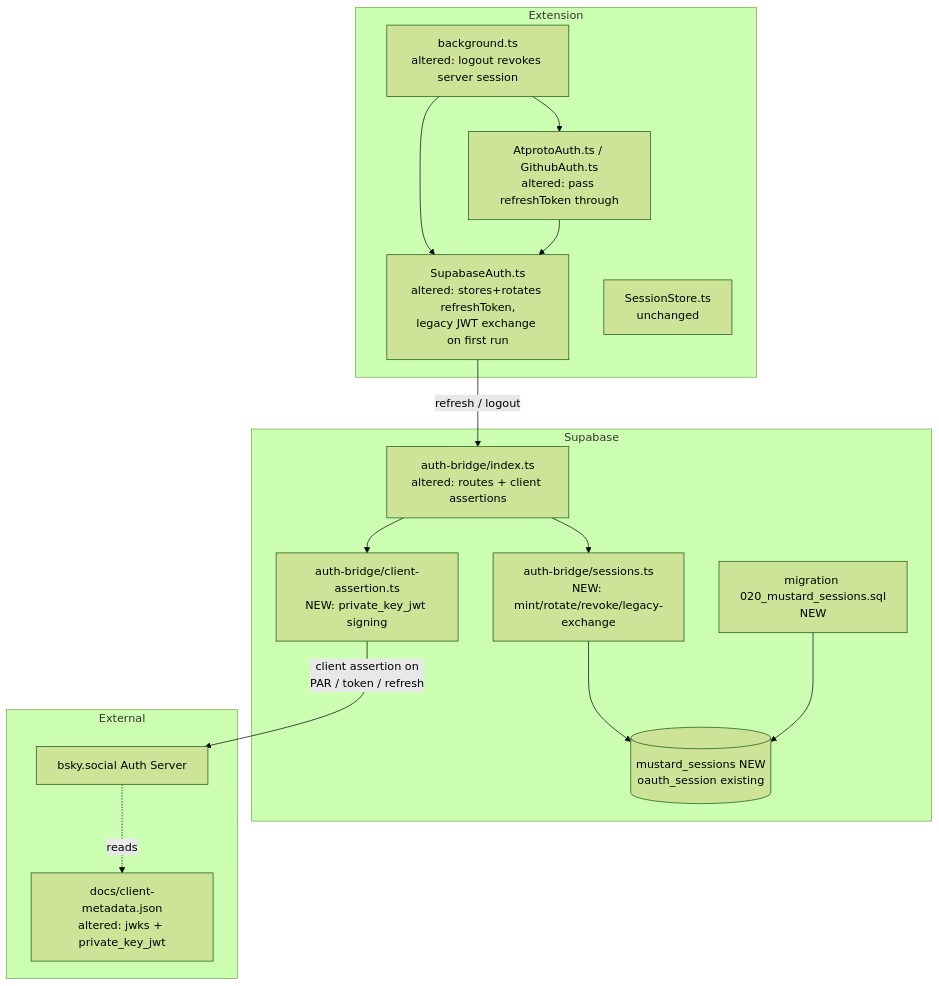
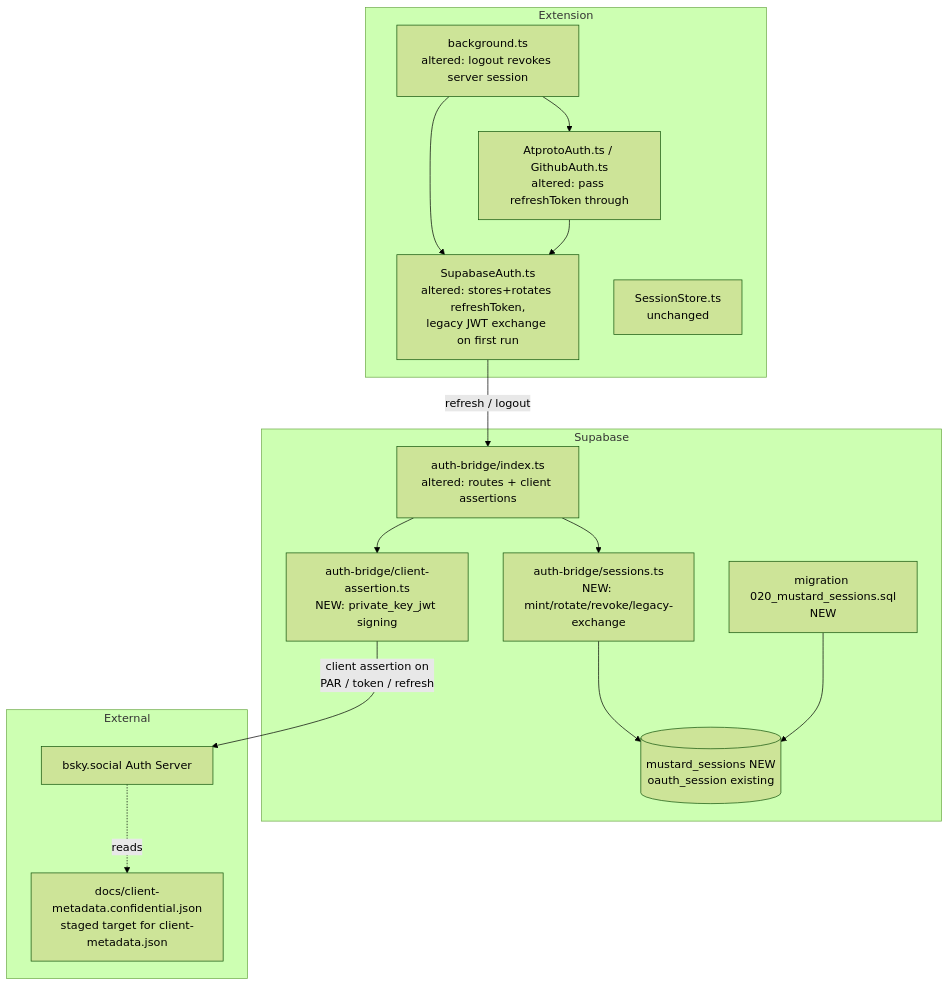
Before and after one commit to fettstorch/mustard: the first of 3 diagrams in specs/atproto-auth/sketch.md, drawn with Mermaid (forest theme). The commit also changed other lines of this file and 3 other files, not shown here.

````diff
--- a/specs/atproto-auth/sketch.md
+++ b/specs/atproto-auth/sketch.md
@@ -48,33 +48,33 @@
 ```mermaid
 graph TD
     subgraph client [Extension]
         BG[background.ts<br/>altered: logout revokes server session]
         SA[SupabaseAuth.ts<br/>altered: stores+rotates refreshToken,<br/>legacy JWT exchange on first run]
         AA[AtprotoAuth.ts / GithubAuth.ts<br/>altered: pass refreshToken through]
         SS[SessionStore.ts<br/>unchanged]
     end
 
     subgraph server [Supabase]
         AB[auth-bridge/index.ts<br/>altered: routes + client assertions]
         SESS[auth-bridge/sessions.ts<br/>NEW: mint/rotate/revoke/legacy-exchange]
         CA[auth-bridge/client-assertion.ts<br/>NEW: private_key_jwt signing]
         MIG[migration 020_mustard_sessions.sql<br/>NEW]
         DB[("mustard_sessions NEW<br/>oauth_session existing")]
     end
 
     subgraph external [External]
-        CM[docs/client-metadata.json<br/>altered: jwks + private_key_jwt]
+        CM[docs/client-metadata.confidential.json<br/>staged target for client-metadata.json]
         AS[bsky.social Auth Server]
     end
 
     BG --> SA
     BG --> AA
     AA --> SA
     SA -->|"refresh / logout"| AB
     AB --> SESS
     AB --> CA
     SESS --> DB
     MIG --> DB
     CA -->|"client assertion on<br/>PAR / token / refresh"| AS
     AS -.->|reads| CM
 ```
````
